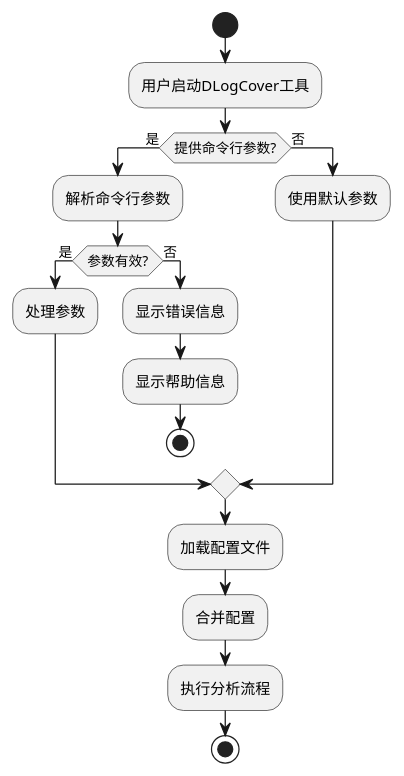
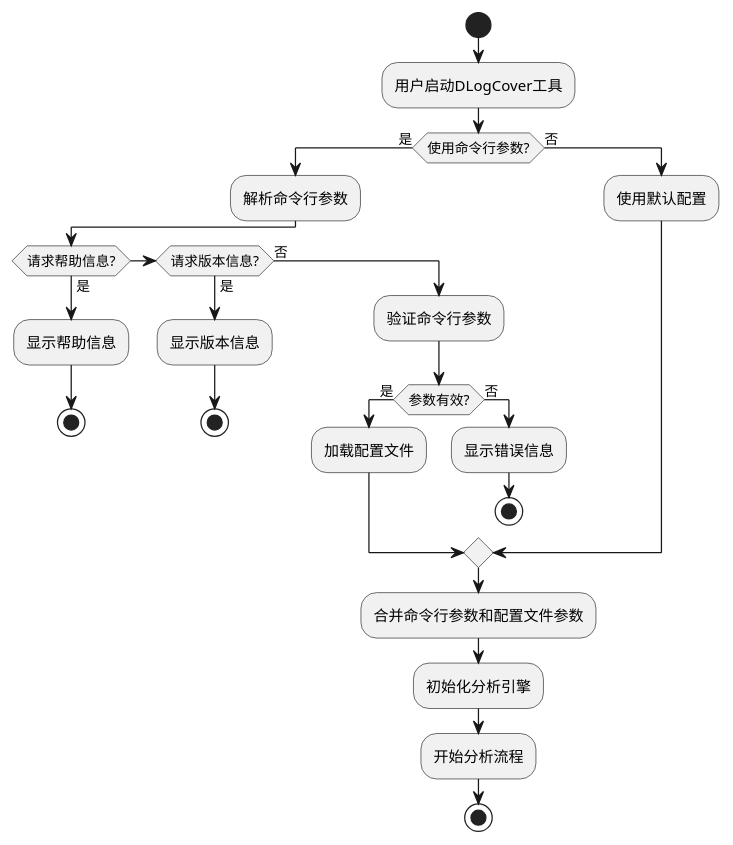
The fifth of 10 diagrams in docs/概要设计文档.md (eric2023/dlogcover), drawn with PlantUML before and after one commit. The commit also changed other lines of this file and 2 other files, not shown here.

````diff
--- a/docs/概要设计文档.md
+++ b/docs/概要设计文档.md
@@ -522,22 +350,30 @@
 ```plantuml
 @startuml
 start
 :用户启动DLogCover工具;
-if (提供命令行参数?) then (是)
+if (使用命令行参数?) then (是)
   :解析命令行参数;
-  if (参数有效?) then (是)
-    :处理参数;
-  else (否)
-    :显示错误信息;
+  if (请求帮助信息?) then (是)
     :显示帮助信息;
     stop
+  elseif (请求版本信息?) then (是)
+    :显示版本信息;
+    stop
+  else (否)
+    :验证命令行参数;
+    if (参数有效?) then (是)
+      :加载配置文件;
+    else (否)
+      :显示错误信息;
+      stop
+    endif
   endif
 else (否)
-  :使用默认参数;
+  :使用默认配置;
 endif
-:加载配置文件;
-:合并配置;
-:执行分析流程;
+:合并命令行参数和配置文件参数;
+:初始化分析引擎;
+:开始分析流程;
 stop
 @enduml
 ```
````
